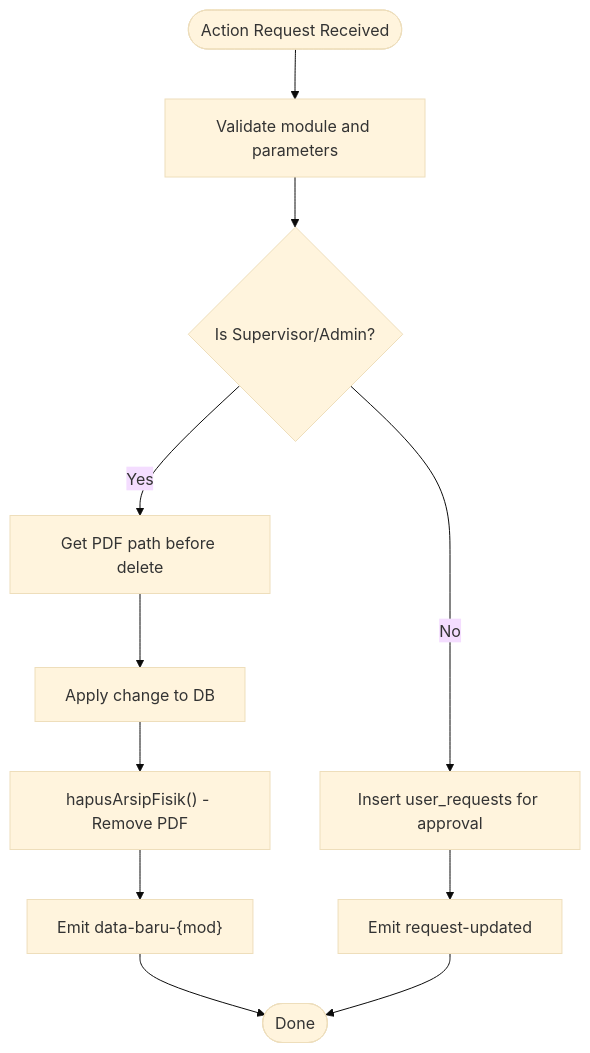
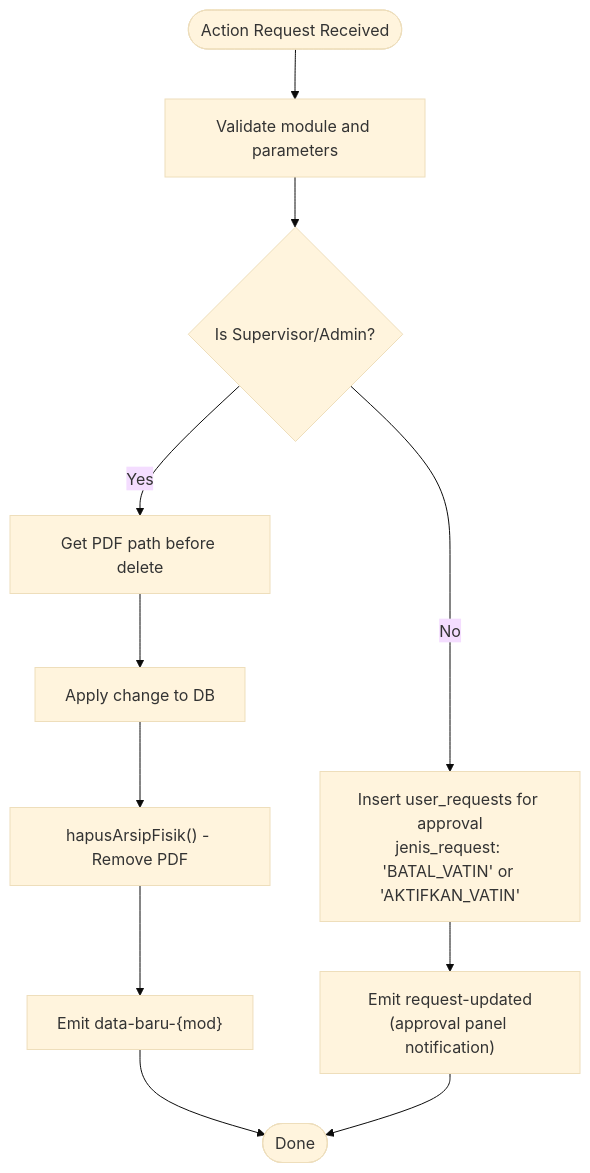
Before and after one commit to rendisiagian/TDS_by_RENDISIAGIAN: the seventh of 8 diagrams in .qoder/repowiki/en/content/Advanced Features/Real-time Processing & Socket.io Integration.md, drawn with Mermaid (base theme). The commit also changed other lines of this file and 55 other files, not shown here.

````diff
--- a/.qoder/repowiki/en/content/Advanced Features/Real-time Processing & Socket.io Integration.md
+++ b/.qoder/repowiki/en/content/Advanced Features/Real-time Processing & Socket.io Integration.md
@@ -280,13 +285,13 @@
 ```mermaid
 flowchart TD
 Start(["Action Request Received"]) --> Validate["Validate module and parameters"]
 Validate --> IsSupervisor{"Is Supervisor/Admin?"}
 IsSupervisor --> |Yes| GetPdfPath["Get PDF path before delete"]
-IsSupervisor --> |No| InsertRequest["Insert user_requests for approval"]
+IsSupervisor --> |No| InsertRequest["Insert user_requests for approval<br/>jenis_request: 'BATAL_VATIN' or 'AKTIFKAN_VATIN'"]
 GetPdfPath --> ApplyChange["Apply change to DB"]
 ApplyChange --> CleanupFiles["hapusArsipFisik() - Remove PDF"]
 CleanupFiles --> EmitUpdate["Emit data-baru-{mod}"]
-InsertRequest --> EmitUpdated["Emit request-updated"]
+InsertRequest --> EmitUpdated["Emit request-updated<br/>(approval panel notification)"]
 EmitUpdate --> End(["Done"])
 EmitUpdated --> End
 ```
````
